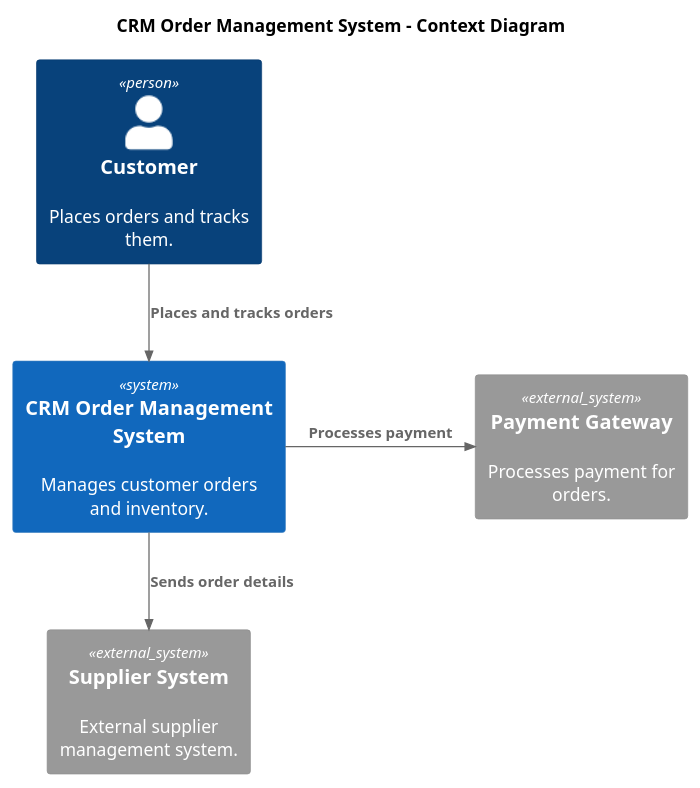
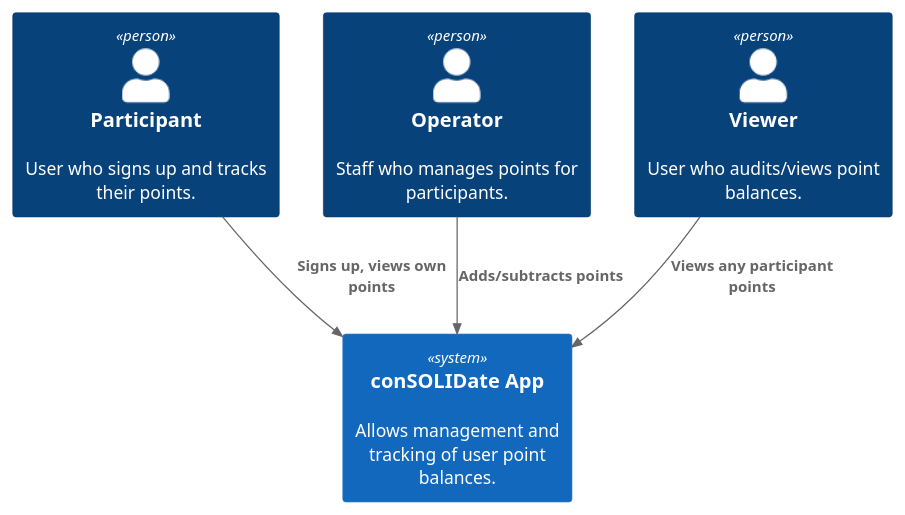
Before and after one commit to practical-architectural-patterns/con-solid-ate: the diagram in docs/C1.puml, drawn with PlantUML.

```diff
--- a/docs/C1.puml
+++ b/docs/C1.puml
@@ -1,15 +1,13 @@
 @startuml
 !include https://raw.githubusercontent.com/plantuml-stdlib/C4-PlantUML/master/C4_Context.puml
 
-title CRM Order Management System - Context Diagram
+Person(participant, "Participant", "User who signs up and tracks their points.")
+Person(operator, "Operator", "Staff who manages points for participants.")
+Person(viewer, "Viewer", "User who audits/views point balances.")
 
-Person(customer, "Customer", "Places orders and tracks them.")
-System_Ext(paymentGateway, "Payment Gateway", "Processes payment for orders.")
-System_Ext(supplierSystem, "Supplier System", "External supplier management system.")
-System(CRMSystem, "CRM Order Management System", "Manages customer orders and inventory.")
+System(consolidate, "conSOLIDate App", "Allows management and tracking of user point balances.")
 
-Rel_D(customer, CRMSystem, "Places and tracks orders", $tags="sync")
-Rel_R(CRMSystem, paymentGateway, "Processes payment", $tags="sync")
-Rel_D(CRMSystem, supplierSystem, "Sends order details", $tags="sync")
-
+Rel(participant, consolidate, "Signs up, views own points")
+Rel(operator, consolidate, "Adds/subtracts points")
+Rel(viewer, consolidate, "Views any participant points")
 @enduml
```
